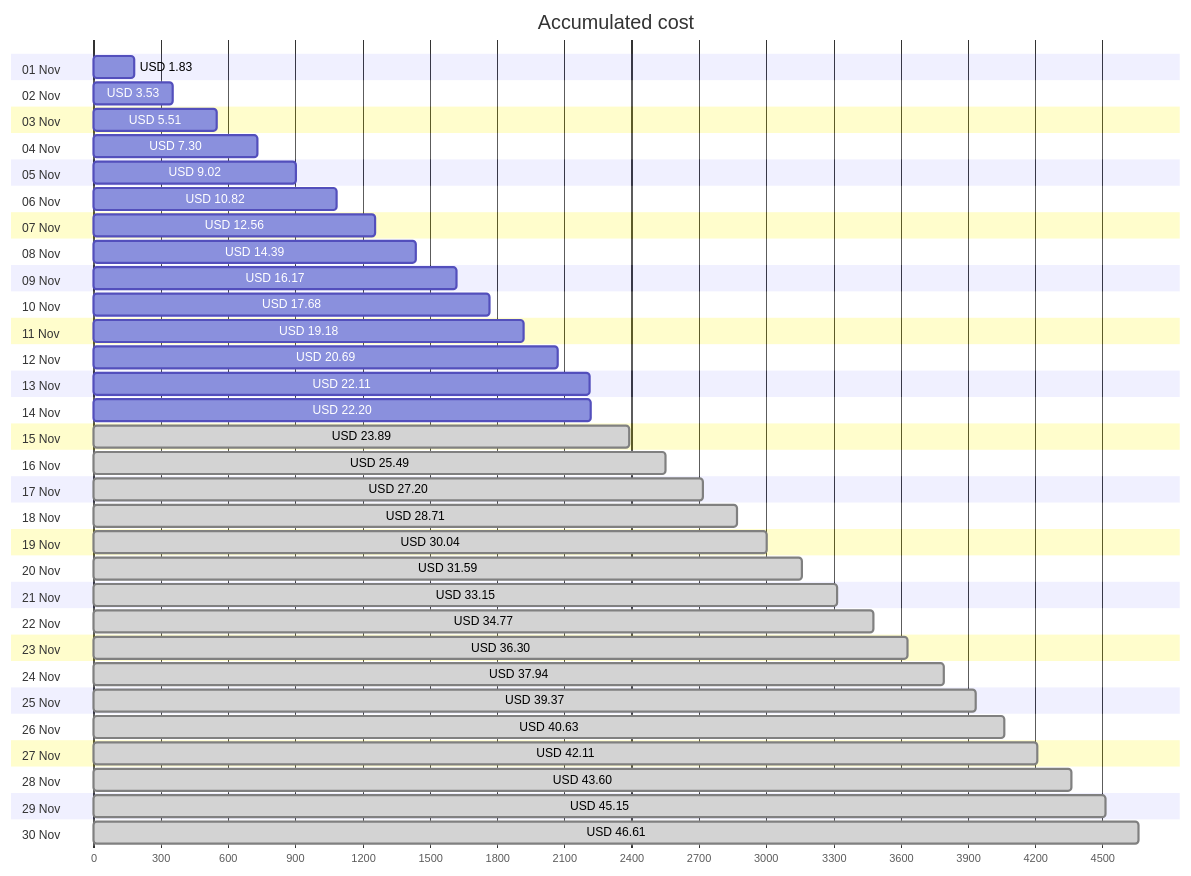
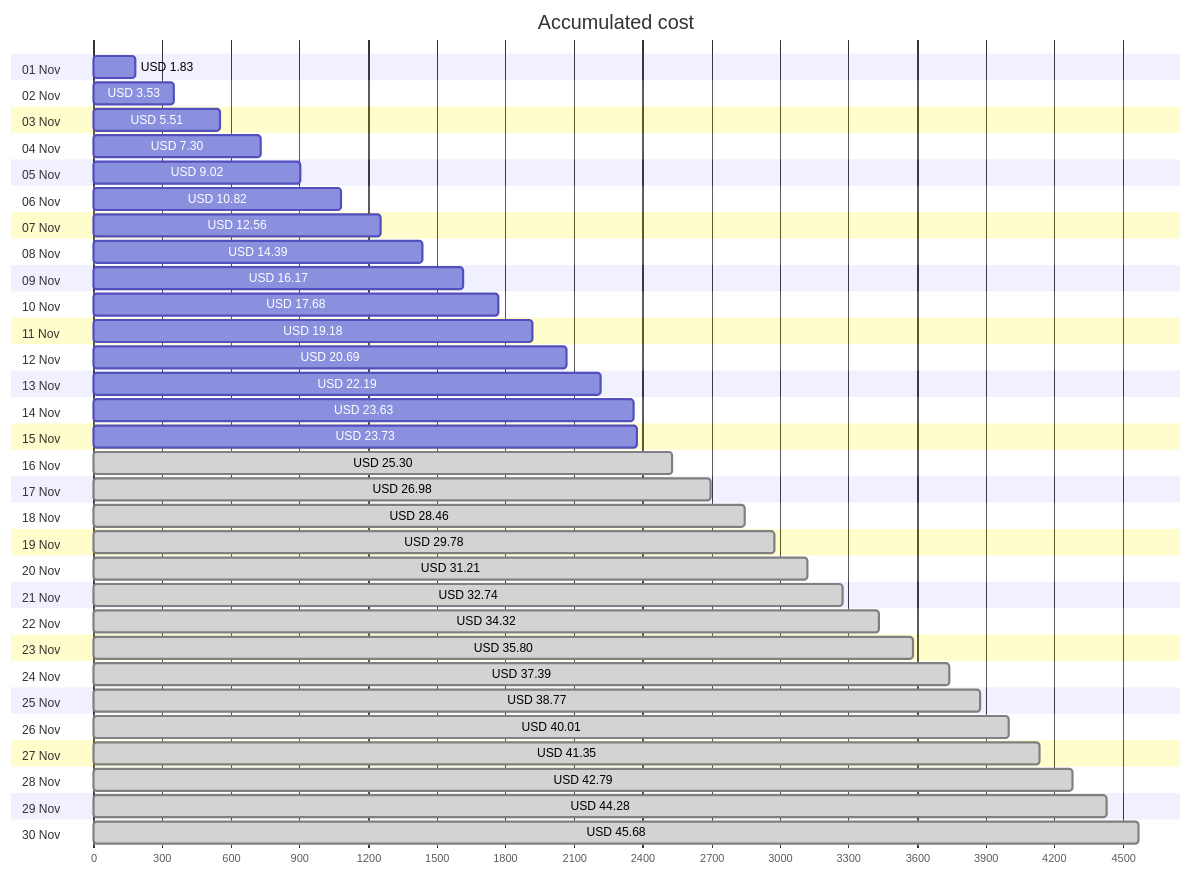
Before and after one commit to jpfulton/azure-personal-reports: the first of 4 diagrams in cost-reports/personal-network/README.md, drawn with Mermaid. The commit also changed other lines of this file and 8 other files, not shown here.

````diff
--- a/cost-reports/personal-network/README.md
+++ b/cost-reports/personal-network/README.md
@@ -20,66 +20,66 @@
 ```mermaid
 gantt
    title Accumulated cost
    dateFormat  X
    axisFormat %s
    section 01 Nov
    USD 1.83 :0, 183
    section 02 Nov
    USD 3.53 :0, 353
    section 03 Nov
    USD 5.51 :0, 551
    section 04 Nov
    USD 7.30 :0, 730
    section 05 Nov
    USD 9.02 :0, 902
    section 06 Nov
    USD 10.82 :0, 1082
    section 07 Nov
    USD 12.56 :0, 1256
    section 08 Nov
    USD 14.39 :0, 1439
    section 09 Nov
    USD 16.17 :0, 1617
    section 10 Nov
    USD 17.68 :0, 1768
    section 11 Nov
    USD 19.18 :0, 1918
    section 12 Nov
    USD 20.69 :0, 2069
    section 13 Nov
-   USD 22.11 :0, 2211
+   USD 22.19 :0, 2219
    section 14 Nov
-   USD 22.20 :0, 2220
+   USD 23.63 :0, 2363
    section 15 Nov
-   USD 23.89 : done, 0, 2389
+   USD 23.73 :0, 2373
    section 16 Nov
-   USD 25.49 : done, 0, 2549
+   USD 25.30 : done, 0, 2530
    section 17 Nov
-   USD 27.20 : done, 0, 2720
+   USD 26.98 : done, 0, 2698
    section 18 Nov
-   USD 28.71 : done, 0, 2871
+   USD 28.46 : done, 0, 2846
    section 19 Nov
-   USD 30.04 : done, 0, 3004
+   USD 29.78 : done, 0, 2978
    section 20 Nov
-   USD 31.59 : done, 0, 3159
+   USD 31.21 : done, 0, 3121
    section 21 Nov
-   USD 33.15 : done, 0, 3315
+   USD 32.74 : done, 0, 3274
    section 22 Nov
-   USD 34.77 : done, 0, 3477
+   USD 34.32 : done, 0, 3432
    section 23 Nov
-   USD 36.30 : done, 0, 3630
+   USD 35.80 : done, 0, 3580
    section 24 Nov
-   USD 37.94 : done, 0, 3794
+   USD 37.39 : done, 0, 3739
    section 25 Nov
-   USD 39.37 : done, 0, 3937
+   USD 38.77 : done, 0, 3877
    section 26 Nov
-   USD 40.63 : done, 0, 4063
+   USD 40.01 : done, 0, 4001
    section 27 Nov
-   USD 42.11 : done, 0, 4211
+   USD 41.35 : done, 0, 4135
    section 28 Nov
-   USD 43.60 : done, 0, 4360
+   USD 42.79 : done, 0, 4279
    section 29 Nov
-   USD 45.15 : done, 0, 4515
+   USD 44.28 : done, 0, 4428
    section 30 Nov
-   USD 46.61 : done, 0, 4661
+   USD 45.68 : done, 0, 4568
 ```
````
